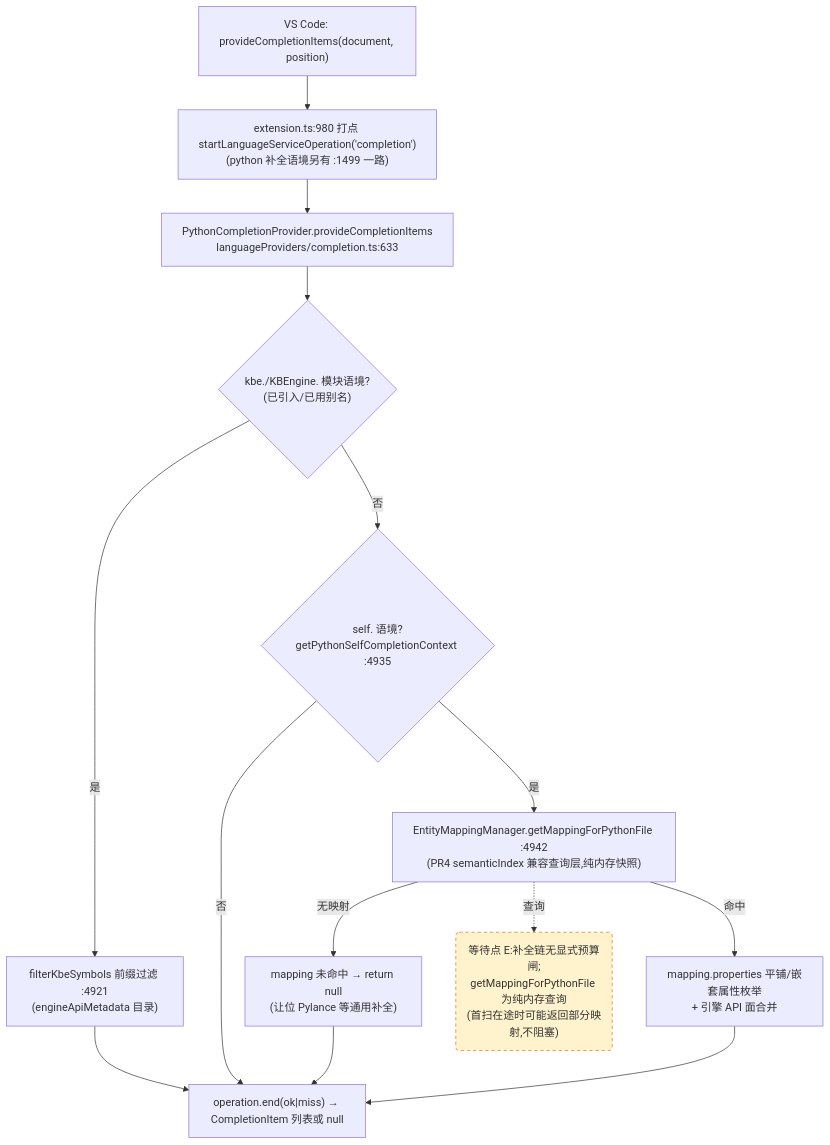
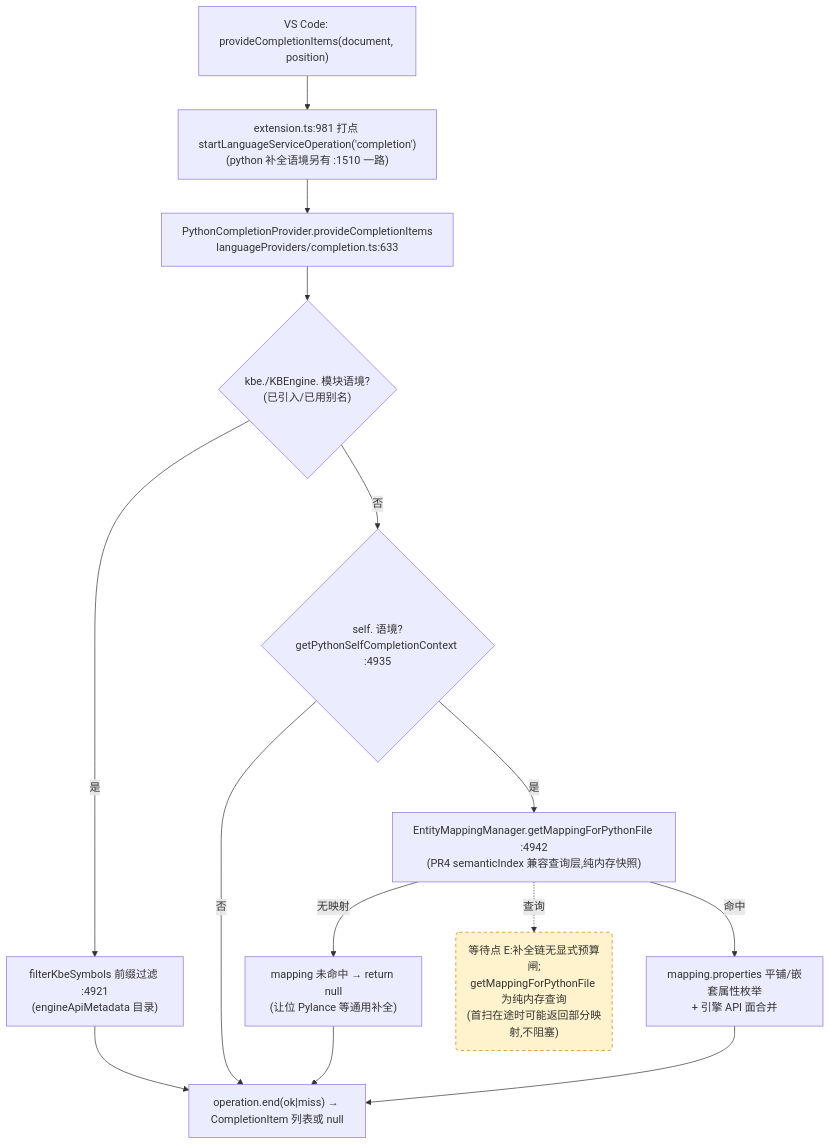
Before and after one commit to cuihairu/kode: the third of 4 diagrams in docs/perf/2026-baseline.md, drawn with Mermaid. The commit also changed other lines of this file and 16 other files, not shown here.

````diff
--- a/docs/perf/2026-baseline.md
+++ b/docs/perf/2026-baseline.md
@@ -184,27 +184,27 @@
 ```mermaid
 flowchart TD
   VC3["VS Code: provideCompletionItems(document, position)"]
-  M3["extension.ts:980 打点 startLanguageServiceOperation('completion')<br/>(python 补全语境另有 :1499 一路)"]
+  M3["extension.ts:981 打点 startLanguageServiceOperation('completion')<br/>(python 补全语境另有 :1510 一路)"]
   CP["PythonCompletionProvider.provideCompletionItems<br/>languageProviders/completion.ts:633"]
   KBEC{"kbe./KBEngine. 模块语境?<br/>(已引入/已用别名)"}
   FILTER["filterKbeSymbols 前缀过滤 :4921<br/>(engineApiMetadata 目录)"]
   SELFC{"self. 语境?<br/>getPythonSelfCompletionContext :4935"}
   MAP["EntityMappingManager.getMappingForPythonFile :4942<br/>(PR4 semanticIndex 兼容查询层,纯内存快照)"]
   NOMAP["mapping 未命中 → return null<br/>(让位 Pylance 等通用补全)"]
   PROPS["mapping.properties 平铺/嵌套属性枚举<br/>+ 引擎 API 面合并"]
   END3["operation.end(ok|miss) → CompletionItem 列表或 null"]
 
   VC3 --> M3 --> CP --> KBEC
   KBEC -- "是" --> FILTER --> END3
   KBEC -- "否" --> SELFC
   SELFC -- "否" --> END3
   SELFC -- "是" --> MAP
   MAP -- "无映射" --> NOMAP --> END3
   MAP -- "命中" --> PROPS --> END3
 
   WAITE("等待点 E:补全链无显式预算闸;<br/>getMappingForPythonFile 为纯内存查询<br/>(首扫在途时可能返回部分映射,不阻塞)")
   MAP -.->|查询| WAITE
 
   classDef waitPoint fill:#fff3cd,stroke:#d97706,stroke-dasharray:5 4;
   class WAITE waitPoint;
 ```
````
